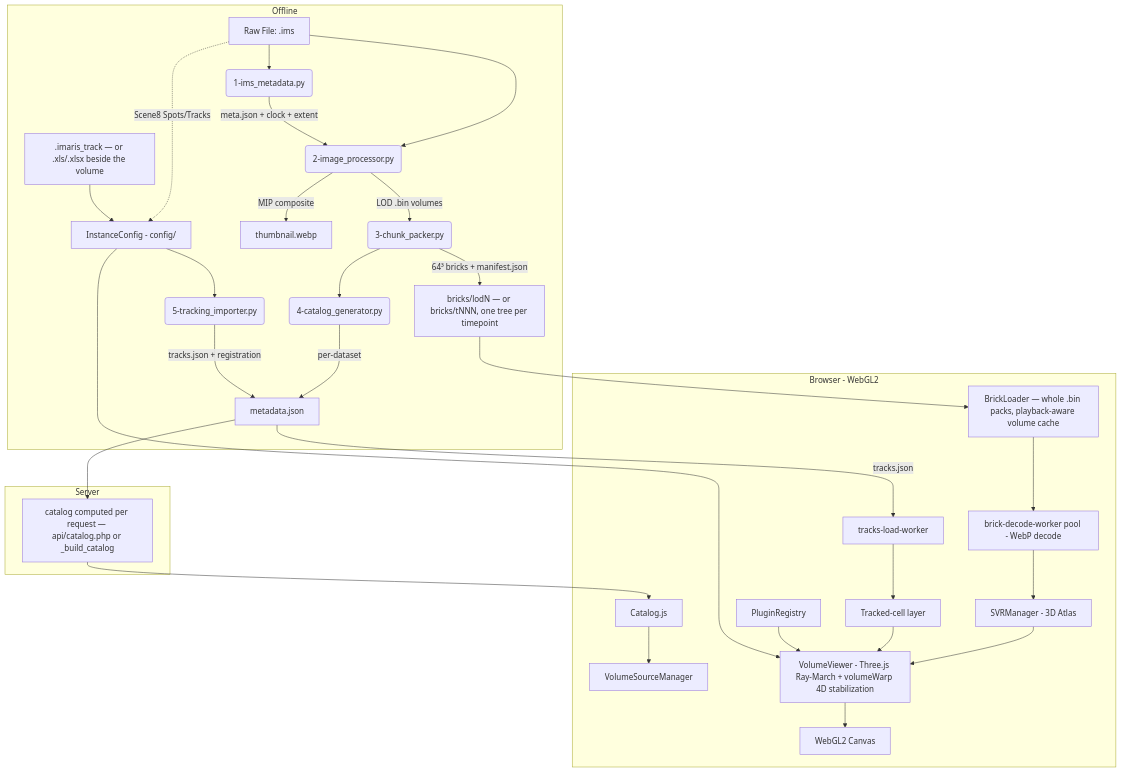
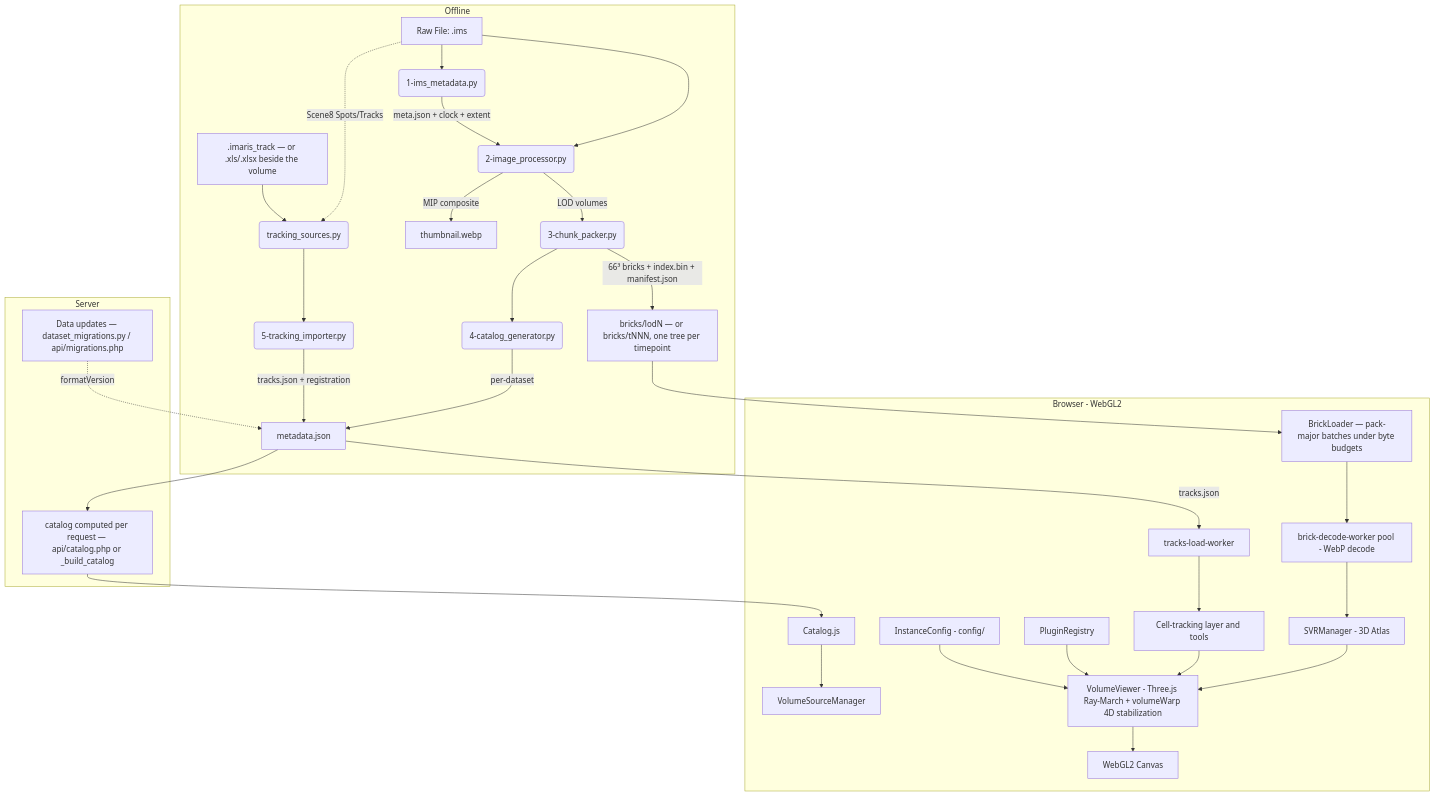
One commit to nutchaxo/lumen3D changed the diagram in README.md. Above: the diagram before and after it, drawn with Mermaid. The commit also changed other lines of this file and 5 other files, not shown here.

````diff
--- a/README.md
+++ b/README.md
@@ -88,36 +96,37 @@
 ```mermaid
 graph TD
     subgraph Preprocessing Pipeline [Offline]
         A[Raw File: .ims] --> B(1-ims_metadata.py)
         A --> C(2-image_processor.py)
         B -->|meta.json + clock + extent| C
-        C -->|LOD .bin volumes| D(3-chunk_packer.py)
+        C -->|LOD volumes| D(3-chunk_packer.py)
         C -->|MIP composite| E[thumbnail.webp]
-        D -->|64³ bricks + manifest.json| F["bricks/lodN — or bricks/tNNN, one tree per timepoint"]
+        D -->|66³ bricks + index.bin + manifest.json| F["bricks/lodN — or bricks/tNNN, one tree per timepoint"]
         D --> G(4-catalog_generator.py)
         G -->|per-dataset| H[metadata.json]
         A -.->|Scene8 Spots/Tracks| S(tracking_sources.py)
         T[".imaris_track — or .xls/.xlsx beside the volume"] --> S
         S --> U(5-tracking_importer.py)
         U -->|tracks.json + registration| H
     end
 
     subgraph Server
         H --> I["catalog computed per request — api/catalog.php or _build_catalog"]
+        M["Data updates — dataset_migrations.py / api/migrations.php"] -.->|formatVersion| H
     end
 
     subgraph Client [Browser - WebGL2]
         I --> J[Catalog.js]
         J --> K[VolumeSourceManager]
-        F --> L["BrickLoader — whole .bin packs, playback-aware volume cache"]
+        F --> L["BrickLoader — pack-major batches under byte budgets"]
         L --> N[brick-decode-worker pool - WebP decode]
         N --> O[SVRManager - 3D Atlas]
         O --> P["VolumeViewer - Three.js Ray-March + volumeWarp 4D stabilization"]
         P --> Q[WebGL2 Canvas]
         H -->|tracks.json| V[tracks-load-worker]
-        V --> W[Tracked-cell layer]
+        V --> W[Cell-tracking layer and tools]
         W --> P
         R[PluginRegistry] --> P
-        S[InstanceConfig - config/] --> P
+        S2[InstanceConfig - config/] --> P
     end
 ```
````
